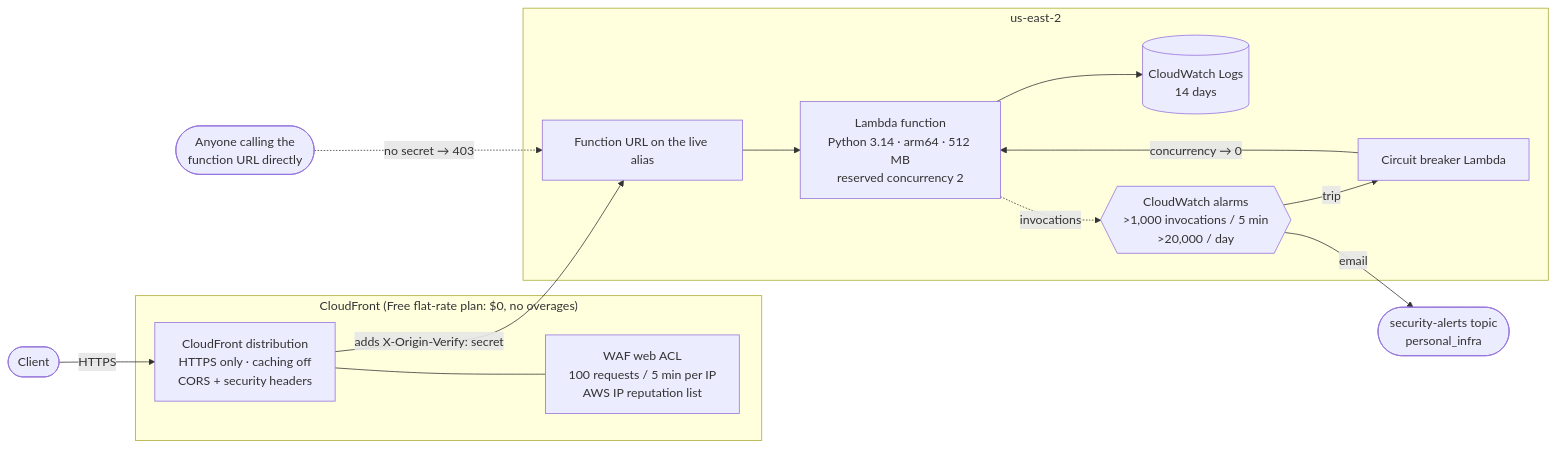
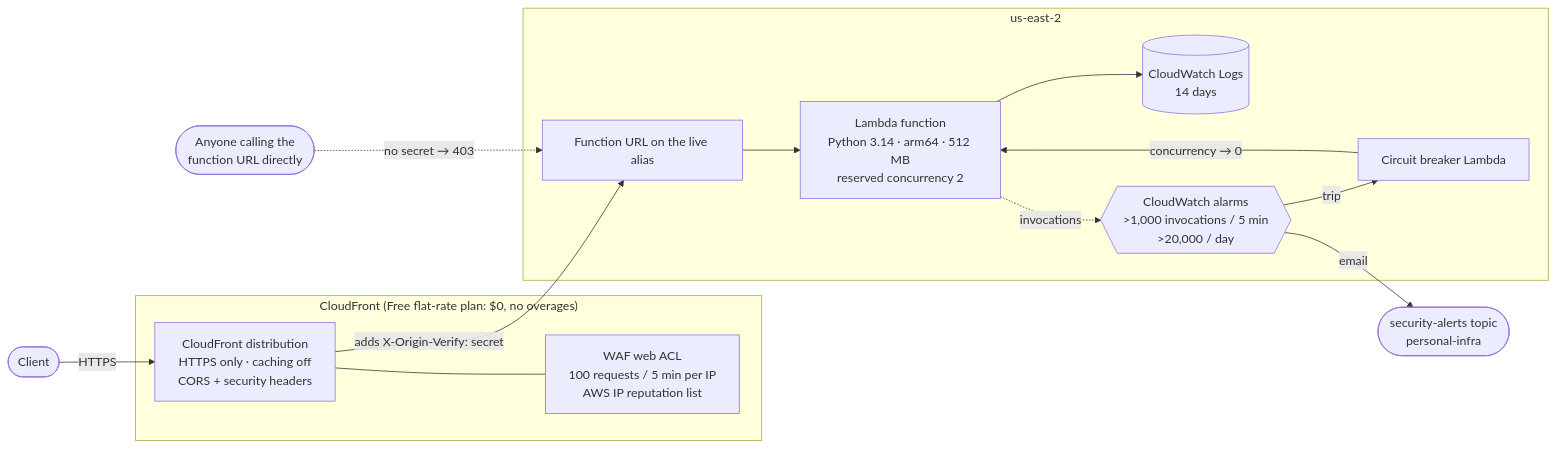
One commit to amcaughan-personal/data-simulator-api changed the first of 2 diagrams in docs/aws.md. Above: the diagram before and after it, drawn with Mermaid. The commit also changed other lines of this file and 9 other files, not shown here.

First line of the commit message:
Rename references: personal_infra → personal-infra, shared_workflows → shared-workflows (#51)

````diff
--- a/docs/aws.md
+++ b/docs/aws.md
@@ -21,27 +21,27 @@
 ```mermaid
 flowchart LR
     client([Client]) -->|HTTPS| cf
 
     subgraph edge["CloudFront (Free flat-rate plan: $0, no overages)"]
         cf[CloudFront distribution<br/>HTTPS only · caching off<br/>CORS + security headers]
         waf[WAF web ACL<br/>100 requests / 5 min per IP<br/>AWS IP reputation list]
         cf --- waf
     end
 
     cf -->|"adds X-Origin-Verify: secret"| url
 
     subgraph region["us-east-2"]
         url[Function URL on the live alias]
         fn[Lambda function<br/>Python 3.14 · arm64 · 512 MB<br/>reserved concurrency 2]
         logs[(CloudWatch Logs<br/>14 days)]
         url --> fn --> logs
         alarms{{CloudWatch alarms<br/>>1,000 invocations / 5 min<br/>>20,000 / day}}
         breaker[Circuit breaker Lambda]
         fn -. invocations .-> alarms
         alarms -->|trip| breaker
         breaker -->|concurrency → 0| fn
     end
 
-    alarms -->|email| sns([security-alerts topic<br/>personal_infra])
+    alarms -->|email| sns([security-alerts topic<br/>personal-infra])
     other([Anyone calling the<br/>function URL directly]) -.->|no secret → 403| url
 ```
````
